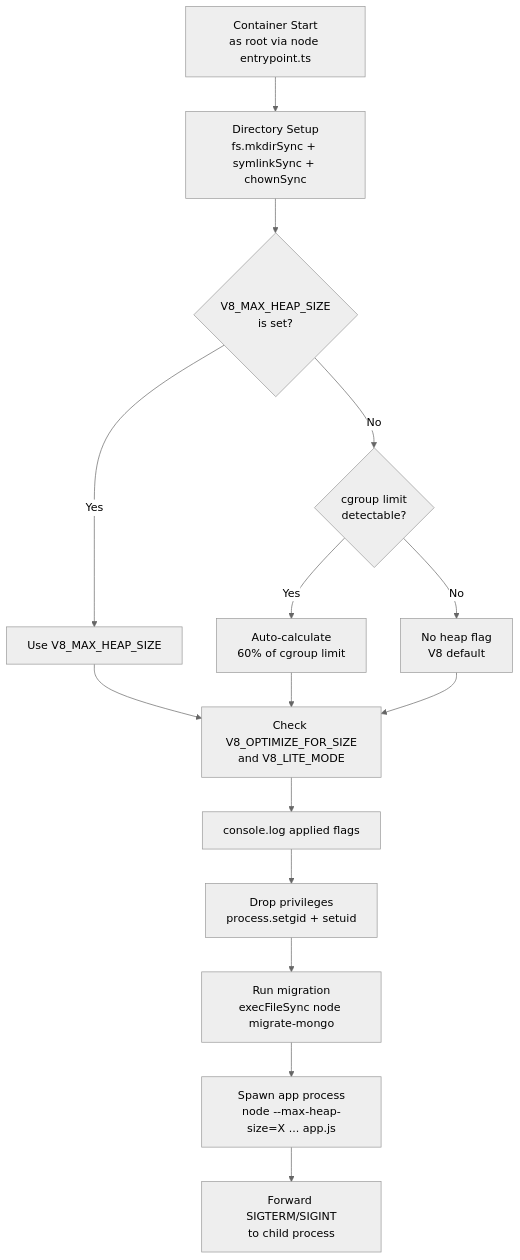
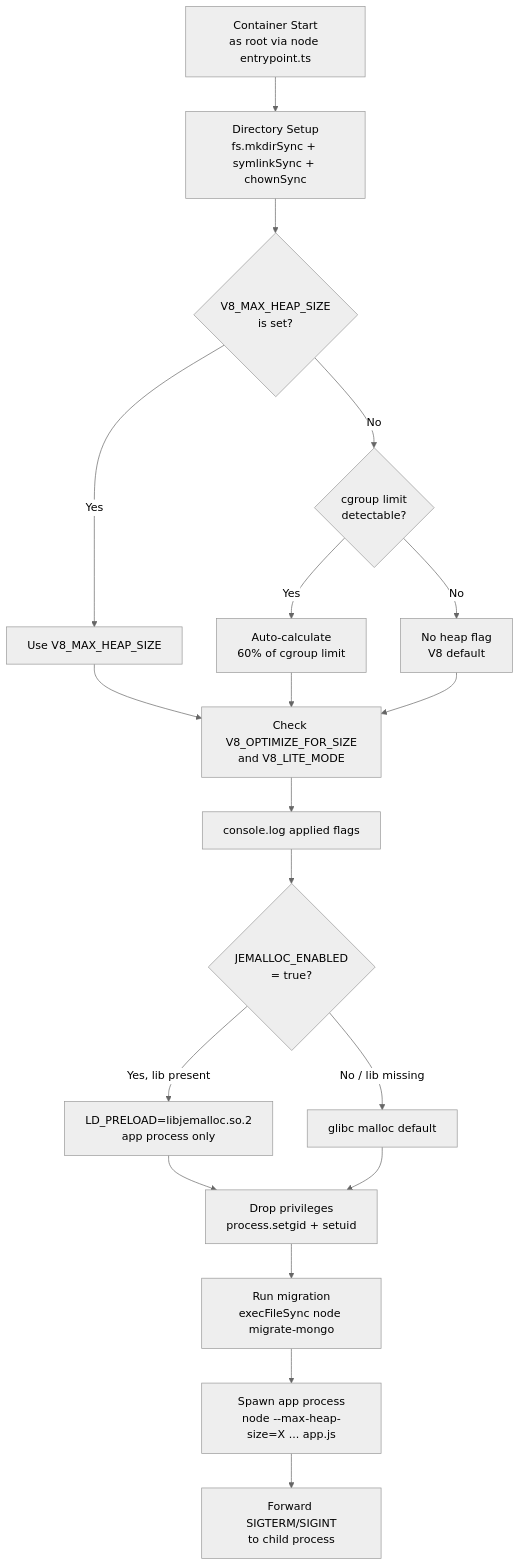
Before and after one commit to growilabs/growi: the second of 3 diagrams in .kiro/specs/official-docker-image/design.md, drawn with Mermaid (neutral theme). The commit also changed other lines of this file and 4 other files, not shown here.

````diff
--- a/.kiro/specs/official-docker-image/design.md
+++ b/.kiro/specs/official-docker-image/design.md
@@ -101,17 +105,21 @@
 ```mermaid
 flowchart TD
     Start[Container Start<br>as root via node entrypoint.ts] --> Setup[Directory Setup<br>fs.mkdirSync + symlinkSync + chownSync]
     Setup --> HeapCalc{V8_MAX_HEAP_SIZE<br>is set?}
     HeapCalc -->|Yes| UseEnv[Use V8_MAX_HEAP_SIZE]
     HeapCalc -->|No| CgroupCheck{cgroup limit<br>detectable?}
     CgroupCheck -->|Yes| AutoCalc[Auto-calculate<br>60% of cgroup limit]
     CgroupCheck -->|No| NoFlag[No heap flag<br>V8 default]
     UseEnv --> OptFlags[Check V8_OPTIMIZE_FOR_SIZE<br>and V8_LITE_MODE]
     AutoCalc --> OptFlags
     NoFlag --> OptFlags
     OptFlags --> LogFlags[console.log applied flags]
-    LogFlags --> DropPriv[Drop privileges<br>process.setgid + setuid]
+    LogFlags --> ResolveAlloc{JEMALLOC_ENABLED<br>= true?}
+    ResolveAlloc -->|Yes, lib present| Jemalloc[LD_PRELOAD=libjemalloc.so.2<br>app process only]
+    ResolveAlloc -->|No / lib missing| Glibc[glibc malloc default]
+    Jemalloc --> DropPriv[Drop privileges<br>process.setgid + setuid]
+    Glibc --> DropPriv
     DropPriv --> Migration[Run migration<br>execFileSync node migrate-mongo]
     Migration --> SpawnApp[Spawn app process<br>node --max-heap-size=X ... app.js]
     SpawnApp --> SignalFwd[Forward SIGTERM/SIGINT<br>to child process]
 ```
````
